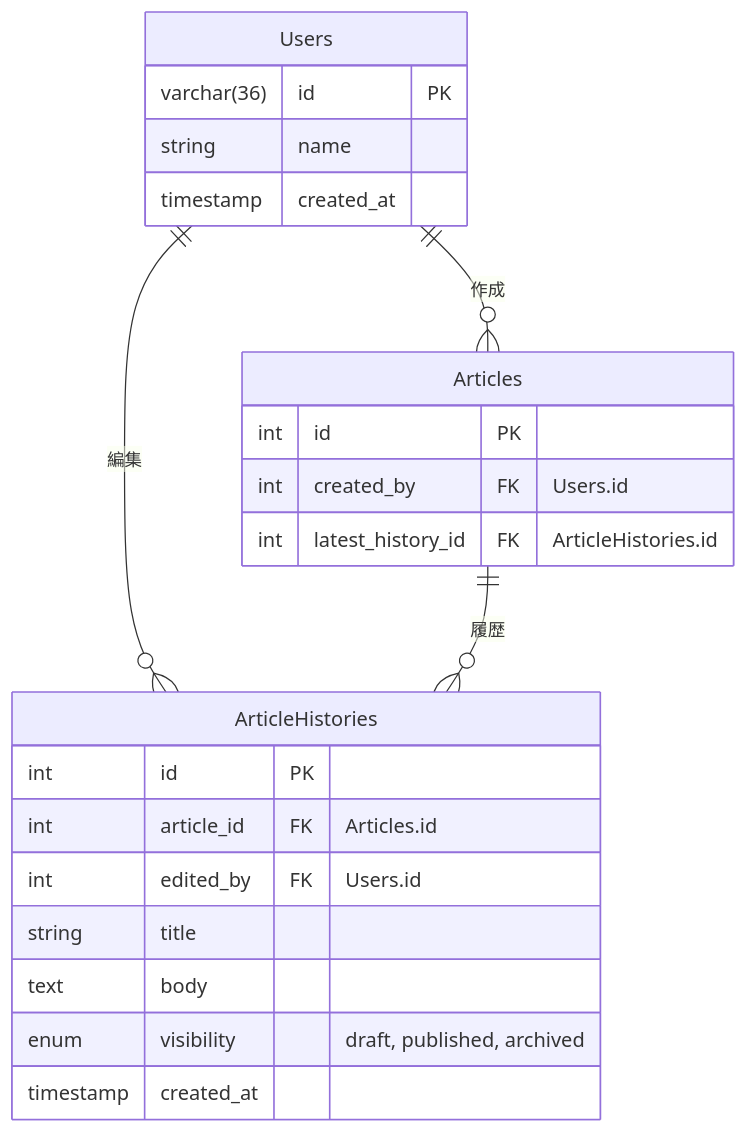
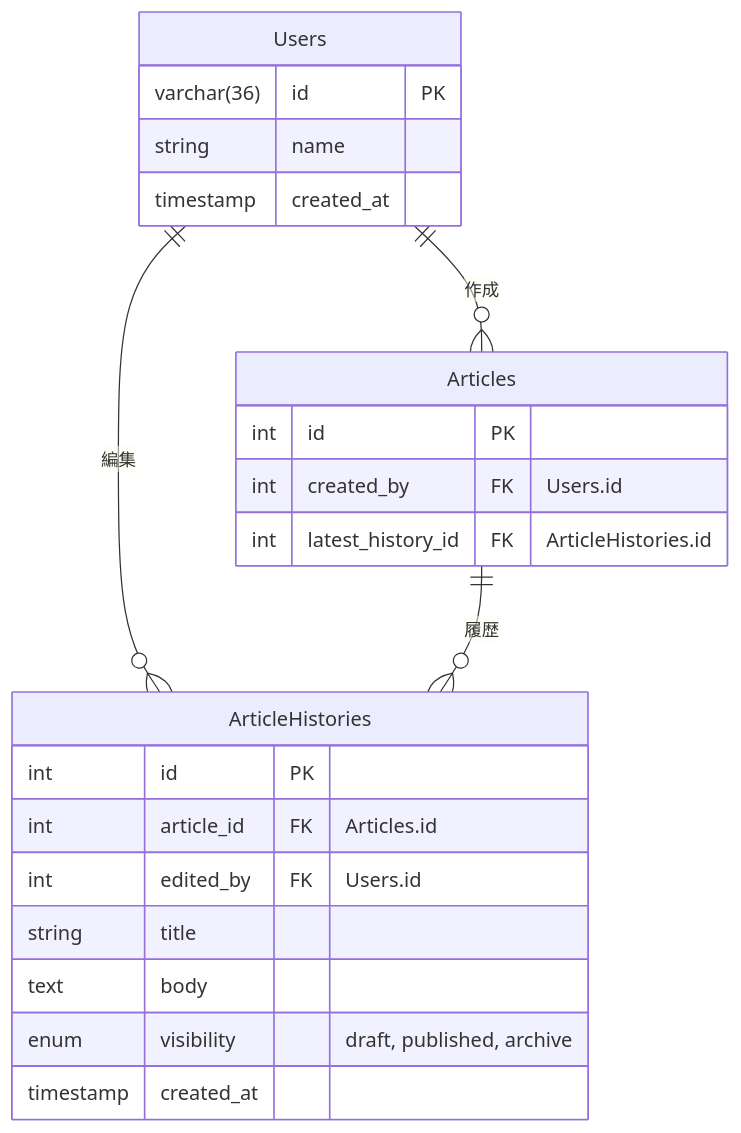
The diagram in Database/05_modeling/5-1/er.md (daiki-tadokoro/praha-challenge), drawn with Mermaid before and after one commit. The commit also changed other lines of this file and 2 other files, not shown here.

````diff
--- a/Database/05_modeling/5-1/er.md
+++ b/Database/05_modeling/5-1/er.md
@@ -43,28 +43,28 @@
 ```mermaid
 erDiagram
   Users ||--o{ Articles : "作成"
   Users ||--o{ ArticleHistories : "編集"
   Articles ||--o{ ArticleHistories : "履歴"
 
   Users {
     varchar(36) id PK
     string name
     timestamp created_at
   }
 
   Articles {
     int id PK
     int created_by FK "Users.id"
     int latest_history_id FK "ArticleHistories.id"
   }
 
   ArticleHistories {
     int id PK
     int article_id FK "Articles.id"
     int edited_by FK "Users.id"
     string title
     text body
-    enum visibility "draft, published, archived"
+    enum visibility "draft, published, archive"
     timestamp created_at
   }
 ```
````
